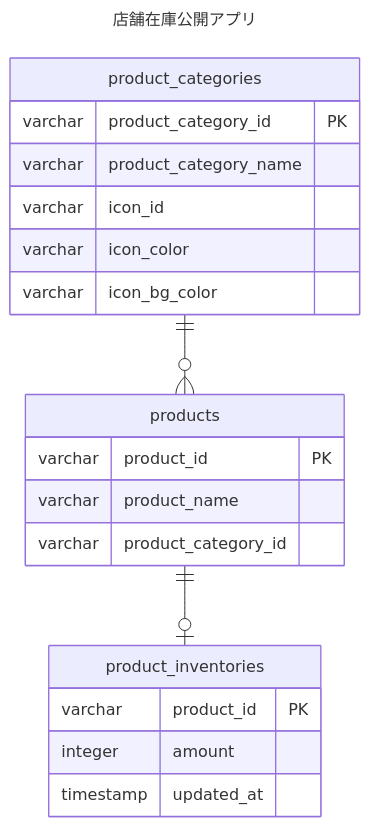
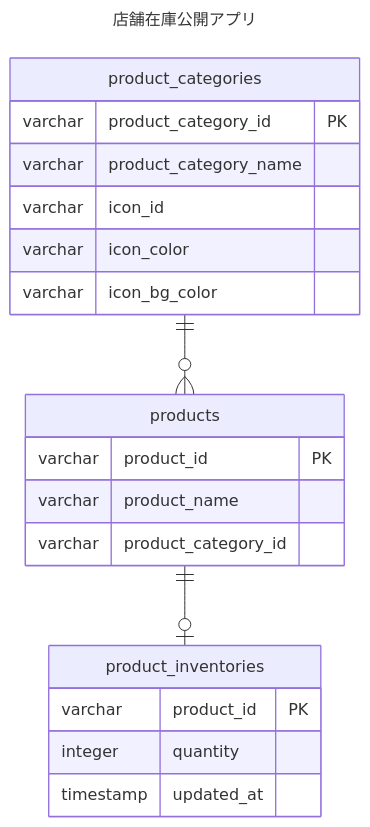
One commit to kawarabasami/store-inventory-disclosure-poc changed the diagram in docs/database/テーブル設計.md. Above: the diagram before and after it, drawn with Mermaid. The commit also changed 9 other files, not shown here.

````diff
--- a/docs/database/テーブル設計.md
+++ b/docs/database/テーブル設計.md
@@ -7,30 +7,30 @@
 ```mermaid
 ---
 title: 店舗在庫公開アプリ
 ---
 erDiagram
 
   product_categories ||--o{ products :""
   products ||--o| product_inventories :""
   product_inventories
 
   product_categories {
     varchar product_category_id PK
     varchar product_category_name
     varchar icon_id
     varchar icon_color
     varchar icon_bg_color
   }
 
   products {
     varchar product_id PK
     varchar product_name
     varchar product_category_id
   }
 
   product_inventories {
     varchar product_id PK
-    integer amount
+    integer quantity
     timestamp updated_at
   }
 ```
````
